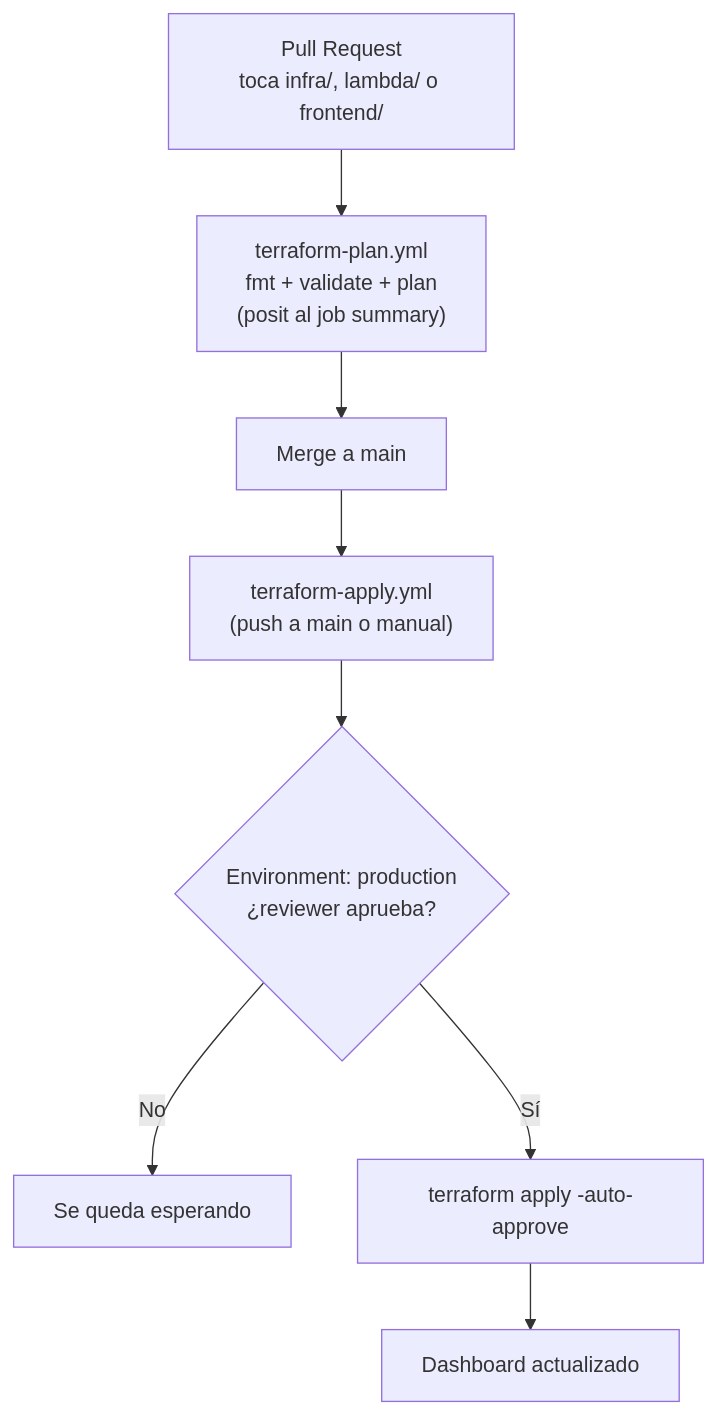
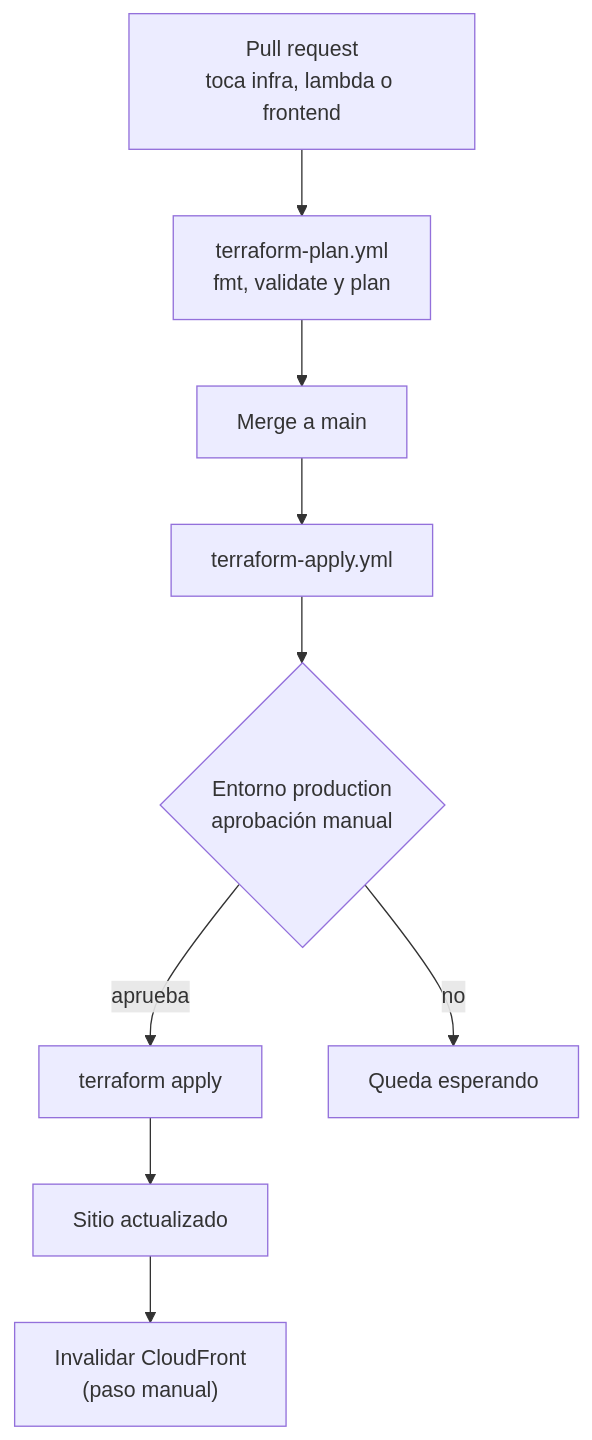
One commit to Portfolio-jaime/trip-covenas changed the eighth of 9 diagrams in docs/ARQUITECTURA.md. Above: the diagram before and after it, drawn with Mermaid. The commit also changed other lines of this file and 126 other files, not shown here.

First line of the commit message:
docs: README y arquitectura con diagramas; dejar de versionar chats de WhatsApp (#8)

````diff
--- a/docs/ARQUITECTURA.md
+++ b/docs/ARQUITECTURA.md
@@ -126,10 +302,11 @@
 ```mermaid
 flowchart TD
-    PR["Pull Request\ntoca infra/, lambda/ o frontend/"] --> Plan["terraform-plan.yml\nfmt + validate + plan\n(posit al job summary)"]
+    PR["Pull request<br/>toca infra, lambda o frontend"] --> Plan["terraform-plan.yml<br/>fmt, validate y plan"]
     Plan --> Merge["Merge a main"]
-    Merge --> Apply["terraform-apply.yml\n(push a main o manual)"]
-    Apply --> Gate{"Environment: production\n¿reviewer aprueba?"}
-    Gate -- No --> Blocked["Se queda esperando"]
-    Gate -- Sí --> Deploy["terraform apply -auto-approve"]
-    Deploy --> Live["Dashboard actualizado"]
+    Merge --> Apply["terraform-apply.yml"]
+    Apply --> Gate{"Entorno production<br/>aprobación manual"}
+    Gate -->|"aprueba"| Deploy["terraform apply"]
+    Gate -->|"no"| Wait["Queda esperando"]
+    Deploy --> Live["Sitio actualizado"]
+    Live --> Inv["Invalidar CloudFront<br/>(paso manual)"]
 ```
````
